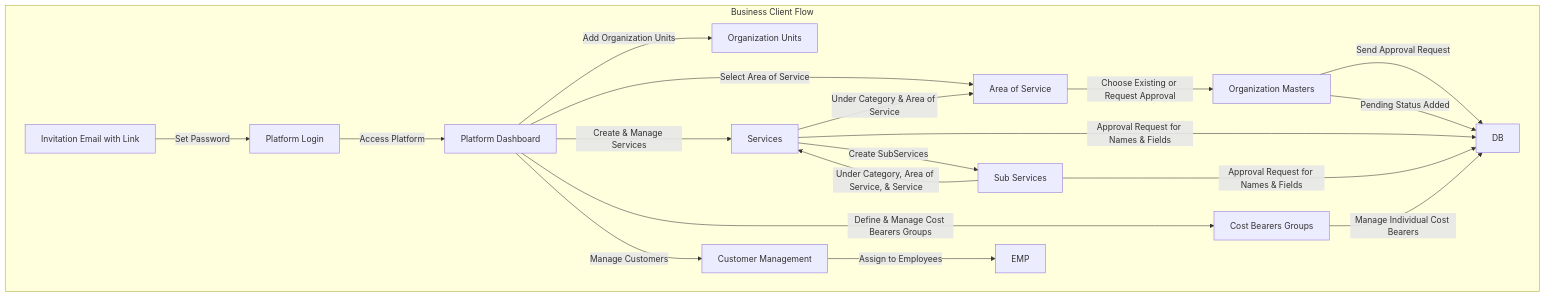
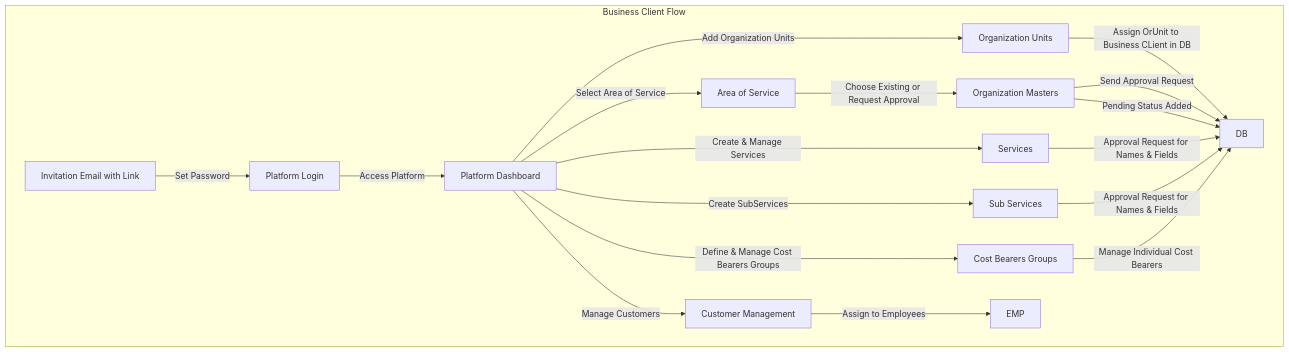
One commit to Ikromjon1998/architecture-of-binschonda-services changed the diagram in README.md. Above: the diagram before and after it, drawn with Mermaid.

````diff
--- a/README.md
+++ b/README.md
@@ -38,25 +38,25 @@
 ```mermaid
 graph TD
     %% Business Client Flow
     subgraph BCFlow [Business Client Flow]
         Email[Invitation Email with Link]
         Email -->|Set Password| BCLogin[Platform Login]
         BCLogin -->|Access Platform| BCPlatform[Platform Dashboard]
         BCPlatform -->|Add Organization Units| OrgUnits[Organization Units]
+        OrgUnits --> |Assign OrUnit to Business CLient in DB| DB
         BCPlatform -->|Select Area of Service| AreaService[Area of Service]
         AreaService -->|Choose Existing or Request Approval| OrgMasters[Organization Masters]
         OrgMasters -->|Send Approval Request| DB
         OrgMasters -->|Pending Status Added| DB
         BCPlatform -->|Create & Manage Services| Services[Services]
-        Services -->|Under Category & Area of Service| AreaService
         Services -->|Approval Request for Names & Fields| DB
-        Services -->|Create SubServices| SubServices[Sub Services]
-        SubServices -->|Under Category, Area of Service, & Service| Services
+        BCPlatform -->|Create SubServices| SubServices[Sub Services]
         SubServices -->|Approval Request for Names & Fields| DB
         BCPlatform -->|Define & Manage Cost Bearers Groups| CostBearers[Cost Bearers Groups]
         CostBearers -->|Manage Individual Cost Bearers| DB
         BCPlatform -->|Manage Customers| Customers[Customer Management]
         Customers -->|Assign to Employees| EMP
     end
 
+
 ```
````
